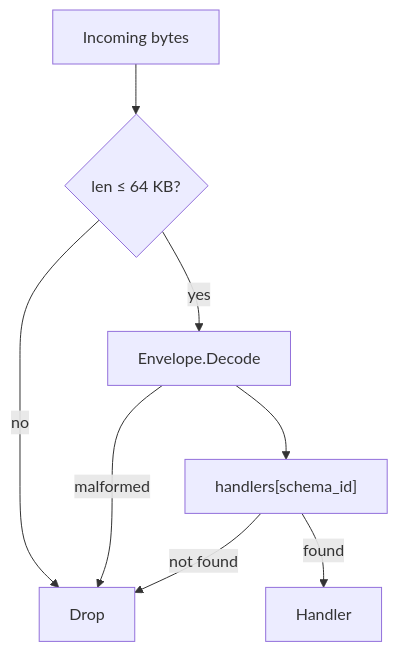
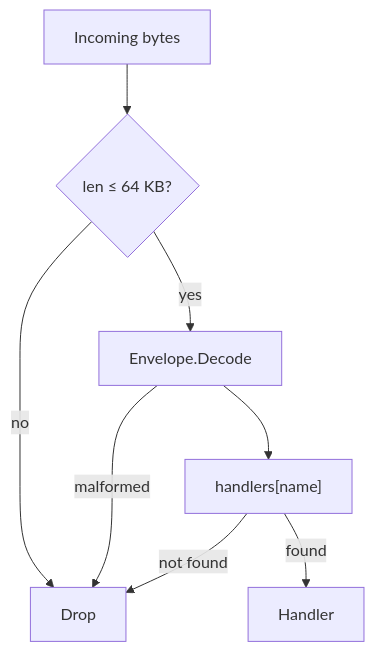
The first of 3 diagrams in README.md (arj03/seedkernel), drawn with Mermaid before and after one commit. The commit also changed other lines of this file, not shown here.

````diff
--- a/README.md
+++ b/README.md
@@ -130,10 +144,10 @@
 ```mermaid
 flowchart TD
     IN["Incoming bytes"] --> SIZE{"len ≤ 64 KB?"}
     SIZE -->|"no"| DROP["Drop"]
     SIZE -->|"yes"| PARSE["Envelope.Decode"]
     PARSE -->|"malformed"| DROP
-    PARSE --> LOOKUP["handlers[schema_id]"]
+    PARSE --> LOOKUP["handlers[name]"]
     LOOKUP -->|"not found"| DROP
     LOOKUP -->|"found"| HANDLER["Handler"]
 ```
````
